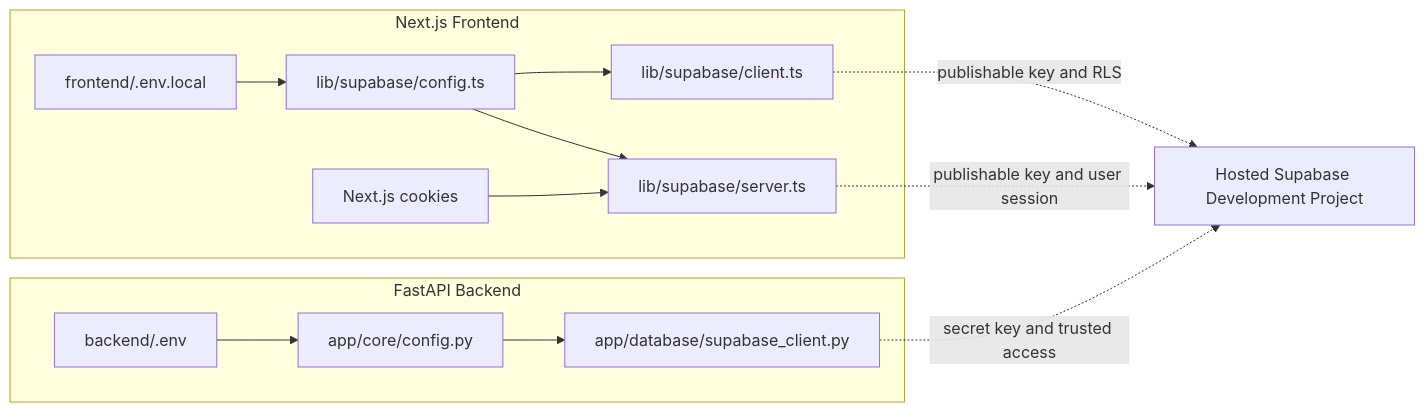
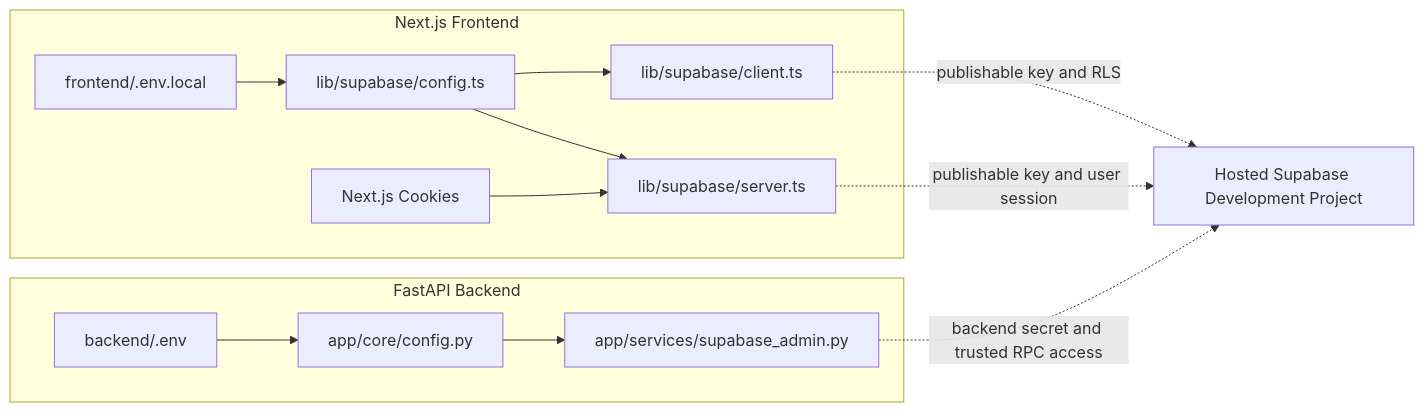
Before and after one commit to jianna-acc/stsp-capstone: the ninth of 31 diagrams in docs/ARCHITECTURE.md, drawn with Mermaid. The commit also changed other lines of this file and 29 other files, not shown here.

````diff
--- a/docs/ARCHITECTURE.md
+++ b/docs/ARCHITECTURE.md
@@ -468,30 +391,30 @@
 ```mermaid
 flowchart LR
     HOSTED["Hosted Supabase Development Project"]
 
     subgraph FRONTEND["Next.js Frontend"]
         FRONT_ENV["frontend/.env.local"]
         FRONT_CONFIG["lib/supabase/config.ts"]
         BROWSER["lib/supabase/client.ts"]
         SERVER["lib/supabase/server.ts"]
-        COOKIES["Next.js cookies"]
+        COOKIES["Next.js Cookies"]
     end
 
     subgraph BACKEND["FastAPI Backend"]
         BACK_ENV["backend/.env"]
         SETTINGS["app/core/config.py"]
-        TRUSTED["app/database/supabase_client.py"]
+        ADMIN_SERVICE["app/services/supabase_admin.py"]
     end
 
     FRONT_ENV --> FRONT_CONFIG
     FRONT_CONFIG --> BROWSER
     FRONT_CONFIG --> SERVER
     COOKIES --> SERVER
 
     BROWSER -. publishable key and RLS .-> HOSTED
     SERVER -. publishable key and user session .-> HOSTED
 
     BACK_ENV --> SETTINGS
-    SETTINGS --> TRUSTED
-    TRUSTED -. secret key and trusted access .-> HOSTED
+    SETTINGS --> ADMIN_SERVICE
+    ADMIN_SERVICE -. backend secret and trusted RPC access .-> HOSTED
 ```
````
